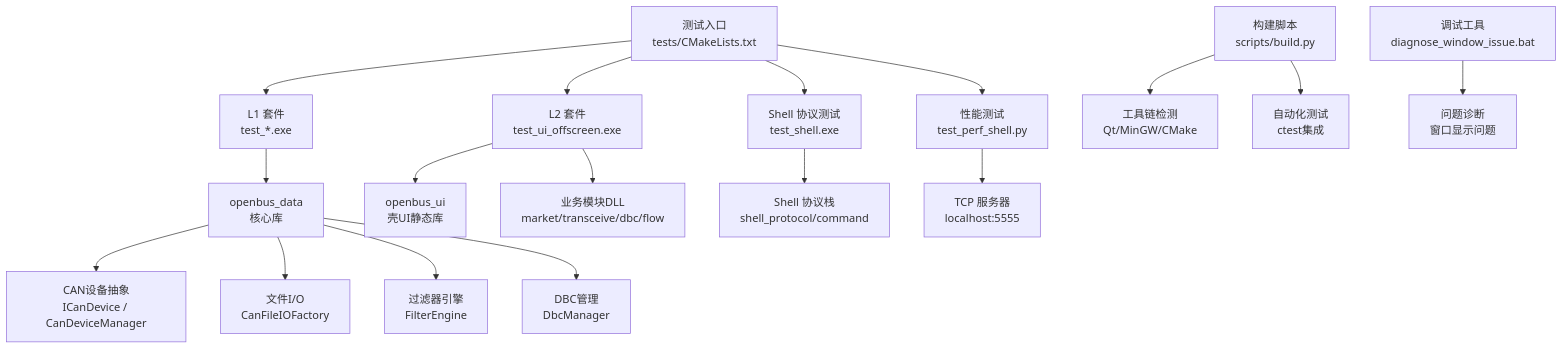
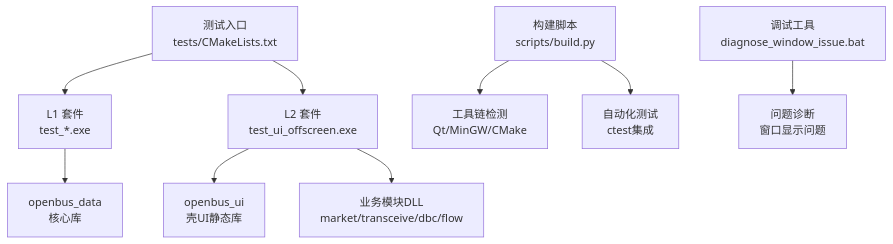
The first of 10 diagrams in .qoder/repowiki/zh/content/开发指南/自动化测试框架.md (jakecai1225-design/OpenBus), drawn with Mermaid before and after one commit. The commit also changed other lines of this file and 151 other files, not shown here.

````diff
--- a/.qoder/repowiki/zh/content/开发指南/自动化测试框架.md
+++ b/.qoder/repowiki/zh/content/开发指南/自动化测试框架.md
@@ -71,19 +64,11 @@
 ```mermaid
 graph TB
 A["测试入口<br/>tests/CMakeLists.txt"] --> B["L1 套件<br/>test_*.exe"]
 A --> C["L2 套件<br/>test_ui_offscreen.exe"]
-A --> D["Shell 协议测试<br/>test_shell.exe"]
-A --> E["性能测试<br/>test_perf_shell.py"]
 B --> F["openbus_data<br/>核心库"]
 C --> G["openbus_ui<br/>壳UI静态库"]
 C --> H["业务模块DLL<br/>market/transceive/dbc/flow"]
-D --> I["Shell 协议栈<br/>shell_protocol/command"]
-E --> J["TCP 服务器<br/>localhost:5555"]
-F --> K["CAN设备抽象<br/>ICanDevice / CanDeviceManager"]
-F --> L["文件I/O<br/>CanFileIOFactory"]
-F --> M["过滤器引擎<br/>FilterEngine"]
-F --> N["DBC管理<br/>DbcManager"]
 O["构建脚本<br/>scripts/build.py"] --> P["工具链检测<br/>Qt/MinGW/CMake"]
 O --> Q["自动化测试<br/>ctest集成"]
 R["调试工具<br/>diagnose_window_issue.bat"] --> S["问题诊断<br/>窗口显示问题"]
 ```
````
